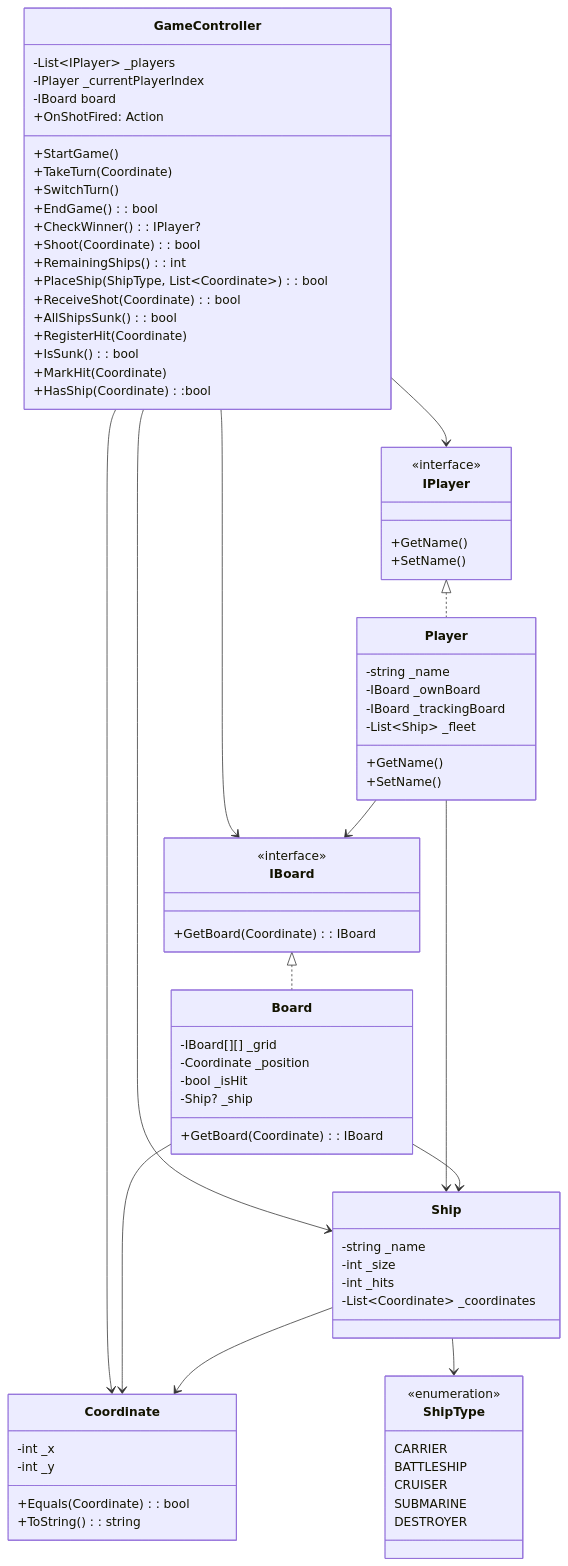
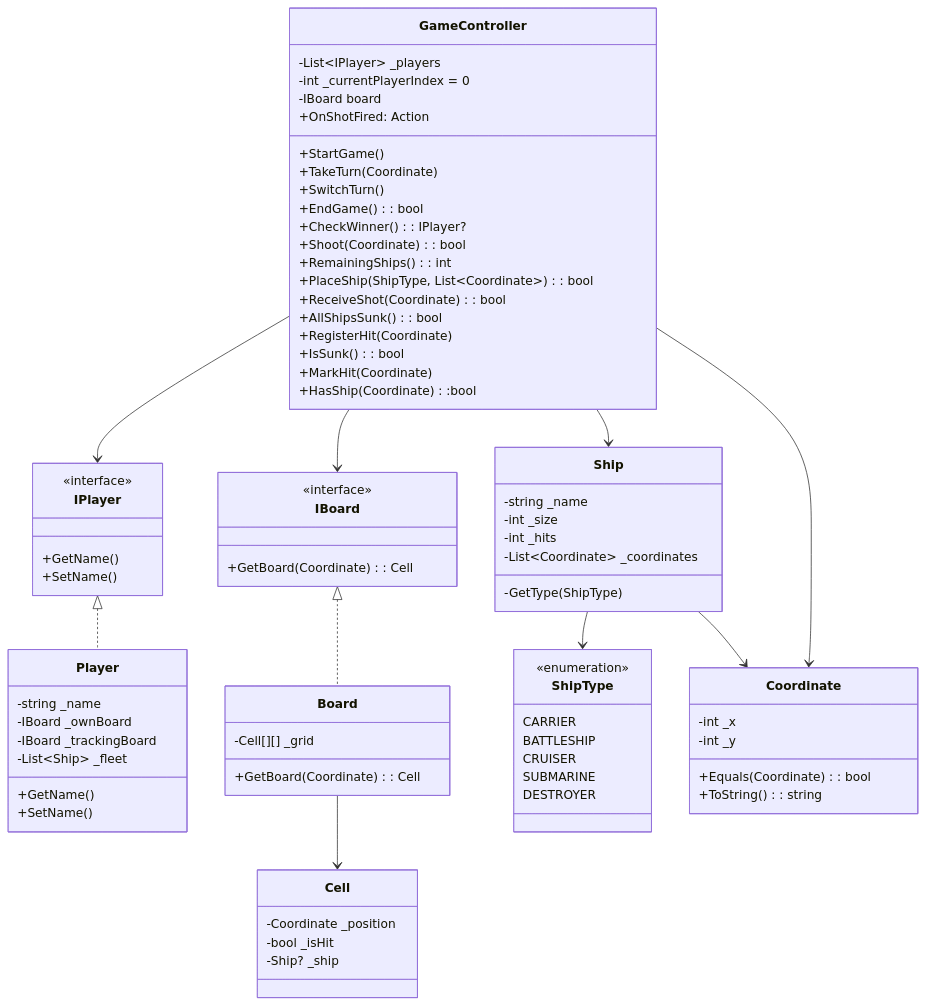
One commit to rifrifai/bootcamp changed the diagram in Quiz/Battleship5.mmd. Above: the diagram before and after it, drawn with Mermaid. The commit also changed 1 other file, not shown here.

```diff
--- a/Quiz/Battleship5.mmd
+++ b/Quiz/Battleship5.mmd
@@ -1,90 +1,91 @@
 classDiagram
   %% ==== Core Classes ====
   class GameController {
     -List~IPlayer~ _players
-    -IPlayer _currentPlayerIndex
+    -int _currentPlayerIndex = 0
     -IBoard board
     +StartGame()
     +TakeTurn(Coordinate)
     +SwitchTurn()
     +EndGame(): bool
     +CheckWinner(): IPlayer?
     +OnShotFired: Action<IPlayer, Coordinate, bool>
     +Shoot(Coordinate): bool
     +RemainingShips(): int
     +PlaceShip(ShipType, List~Coordinate~ ): bool
     +ReceiveShot(Coordinate): bool
     +AllShipsSunk(): bool
     +RegisterHit(Coordinate)
     +IsSunk(): bool
     +MarkHit(Coordinate)
     +HasShip(Coordinate):bool
   }
 
   class Ship {
     -string _name
     -int _size
     -int _hits
     -List~Coordinate~ _coordinates
+    -GetType(ShipType)
   }
 
   class Coordinate {
     -int _x
     -int _y
     +Equals(Coordinate): bool
     +ToString(): string
   }
 
   %% ==== Interfaces ====
   class IPlayer {
     <<interface>>
     +GetName()
     +SetName()
   }
 
   class IBoard {
     <<interface>>
-    +GetBoard(Coordinate): IBoard
+    +GetBoard(Coordinate): Cell
   }
 
   %% ==== Implementations ====
   class Player {
     -string _name
     -IBoard _ownBoard
     -IBoard _trackingBoard
     -List~Ship~ _fleet
     +GetName()
     +SetName()
   }
 
   class Board {
-    -IBoard[][] _grid
+    -Cell[][] _grid
+    +GetBoard(Coordinate): Cell
+
+  }
+
+  class Cell {
     -Coordinate _position
     -bool _isHit
     -Ship? _ship
-    +GetBoard(Coordinate): IBoard
-
   }
 
   class ShipType {
     CARRIER
     BATTLESHIP
     CRUISER
     SUBMARINE
     DESTROYER
     <<enumeration>>
   }
 
   %% ==== Relationships ====
   GameController --> IPlayer
   GameController --> IBoard
   GameController --> Ship
   GameController --> Coordinate
   IPlayer <|.. Player
   IBoard <|.. Board
-  Player --> Ship
-  Board --> Coordinate
+  Board --> Cell
+  Ship --> ShipType
   Ship --> Coordinate
-  Ship --> ShipType
-  Player --> IBoard
-  Board --> Ship
```
